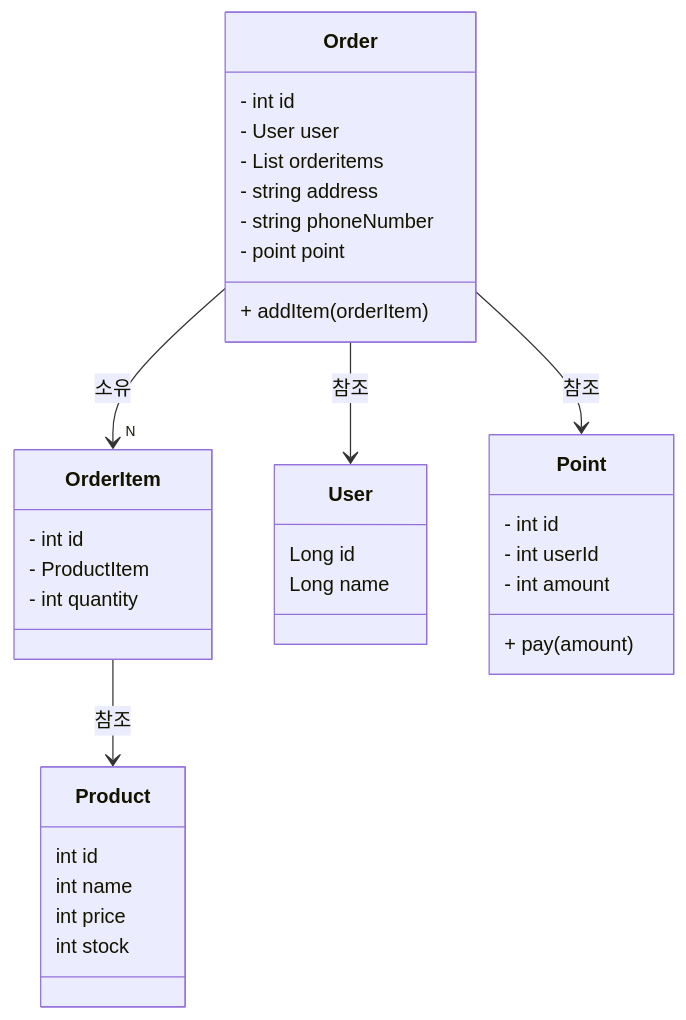
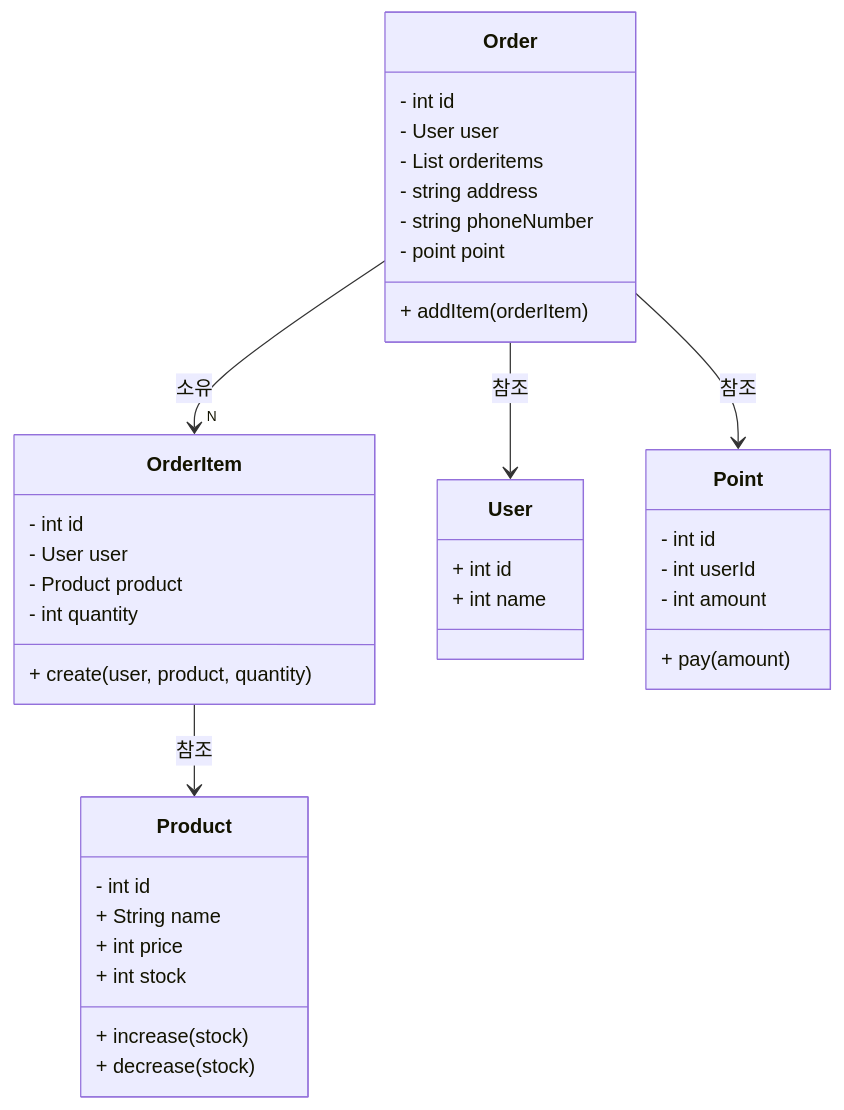
The diagram in docs/design/03-class-diagrams-detail/Order.md (simbokyung98/loopers-ecommerce-system), drawn with Mermaid before and after one commit. The commit also changed 4 other files, not shown here.

Commit message:
fix : 클래스 다이어그램 도메인 역할 수정

````diff
--- a/docs/design/03-class-diagrams-detail/Order.md
+++ b/docs/design/03-class-diagrams-detail/Order.md
@@ -2,40 +2,44 @@
 ```mermaid 
     classDiagram
     class Order{
     - int id
       - User user
       - List orderitems
       - string address
       - string phoneNumber
       - point point
     
-           + addItem(orderItem)
-          }
-          class OrderItem{
-           - int id
-           - ProductItem
-           - int quantity
-          }
-          class Product{
-           int id
-           int name
-           int price
-           int stock
-          }
-          class User {
-              Long id
-              Long name
-          }
-          class Point{
-              - int id
-              - int userId
-              - int amount
-    
-              + pay(amount)
-          }
-        
-          Order --> "N" OrderItem :소유
-          OrderItem --> Product : 참조
-          Order --> User : 참조
-          Order --> Point : 참조
+   + addItem(orderItem)
+  }
+  class OrderItem{
+      - int id
+      - User user
+      - Product product
+      - int quantity
+      + create(user, product, quantity)
+  }
+  class Product{
+      - int id
+      + String name
+      + int price
+      + int stock
+      + increase(stock)
+      + decrease(stock)
+  }
+  class User {
+      + int id
+      + int name
+  }
+  class Point{
+      - int id
+      - int userId
+      - int amount
+
+      + pay(amount)
+  }
+
+  Order --> "N" OrderItem :소유
+  OrderItem --> Product : 참조
+  Order --> User : 참조
+  Order --> Point : 참조
 ```
````
